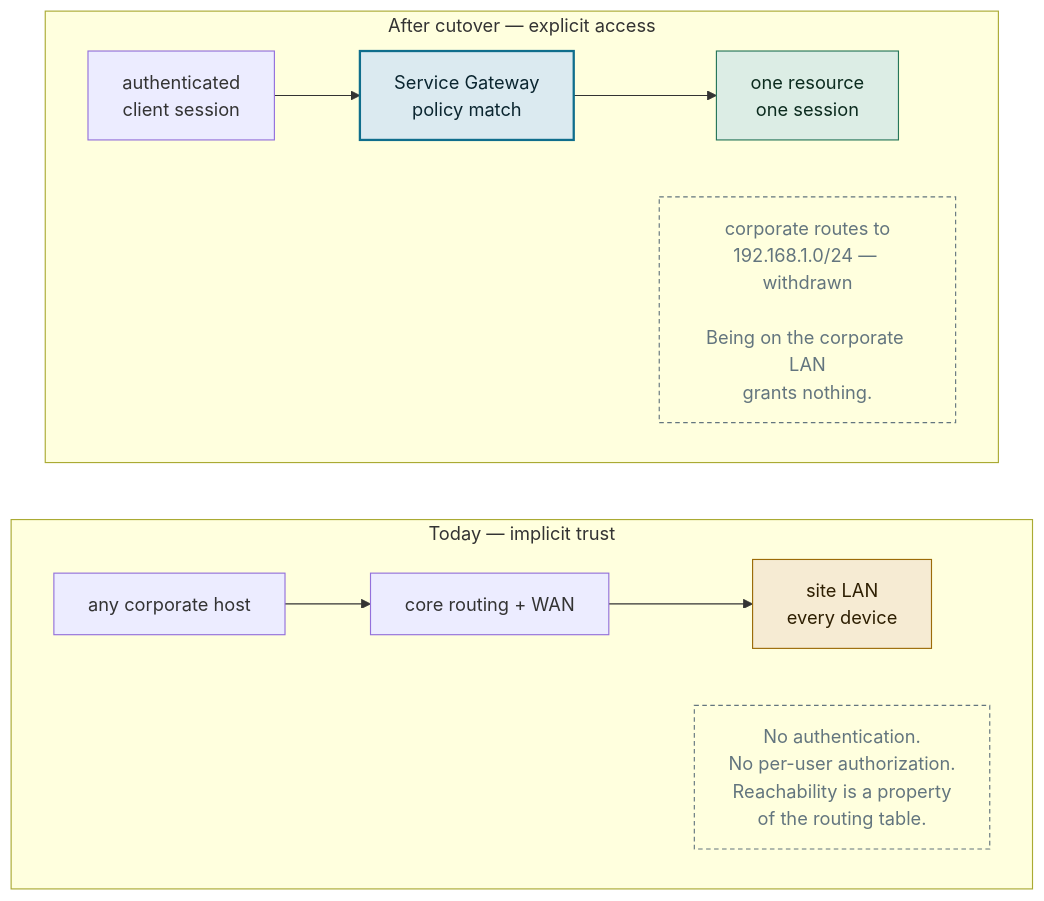
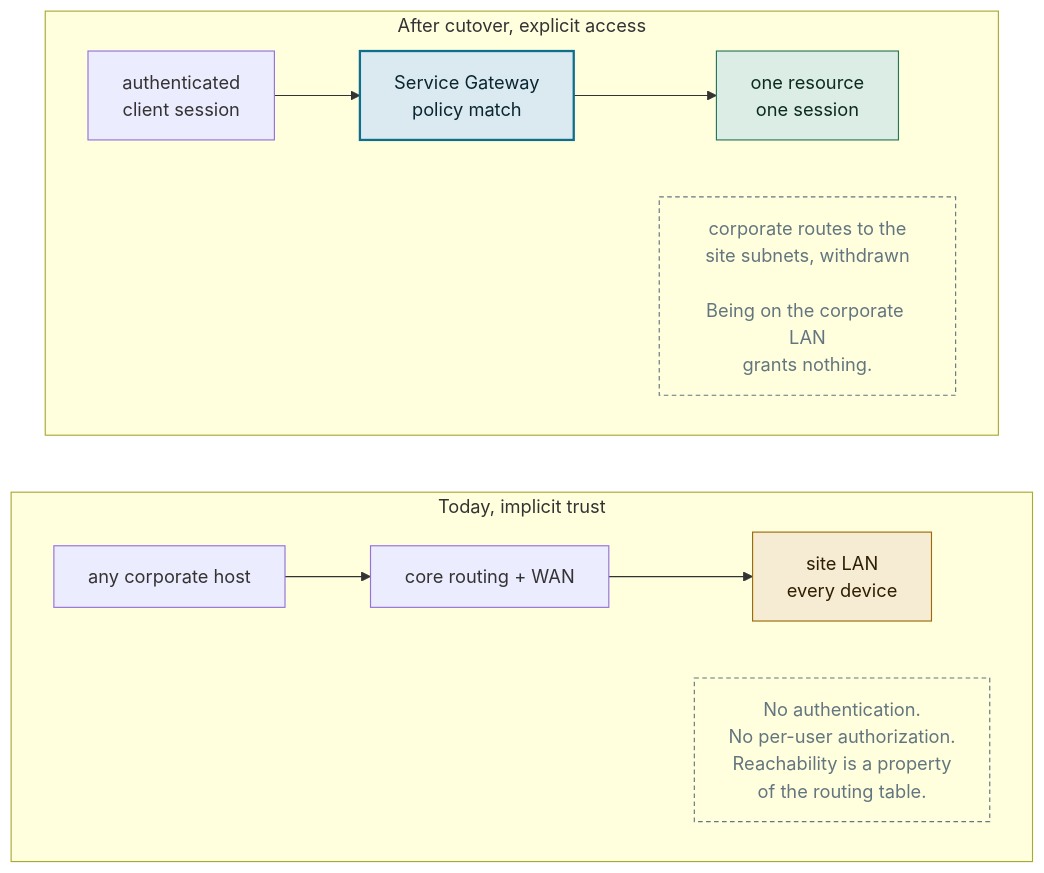
One commit to Tentacular8/ncx-grid-access changed the fifth of 5 diagrams in diagrams.md. Above: the diagram before and after it, drawn with Mermaid. The commit also changed other lines of this file and 1 other file, not shown here.

````diff
--- a/diagrams.md
+++ b/diagrams.md
@@ -189,23 +227,23 @@
 ```mermaid
 flowchart LR
-    subgraph T["Today — implicit trust"]
+    subgraph T["Today, implicit trust"]
         direction LR
         H1["any corporate host"] --> R1["core routing + WAN"] --> S1["site LAN<br/>every device"]
         N1["No authentication.<br/>No per-user authorization.<br/>Reachability is a property<br/>of the routing table."]
     end
 
-    subgraph AF["After cutover — explicit access"]
+    subgraph AF["After cutover, explicit access"]
         direction LR
         H2["authenticated<br/>client session"] --> G2["Service Gateway<br/>policy match"] --> S2["one resource<br/>one session"]
-        X2["corporate routes to<br/>192.168.1.0/24 — withdrawn<br/><br/>Being on the corporate LAN<br/>grants nothing."]
+        X2["corporate routes to the<br/>site subnets, withdrawn<br/><br/>Being on the corporate LAN<br/>grants nothing."]
     end
 
     classDef ot fill:#F6EBD3,stroke:#9C6B08,color:#2e1f02
     classDef fabric fill:#DBEAF0,stroke:#0F6E8C,stroke-width:2px,color:#0b2630
     classDef allow fill:#DCEDE5,stroke:#26765A,color:#0b2b1e
     classDef note fill:none,stroke:#63757E,stroke-dasharray:4 3,color:#63757E
     class S1 ot
     class G2 fabric
     class S2 allow
     class N1,X2 note
 ```
````
